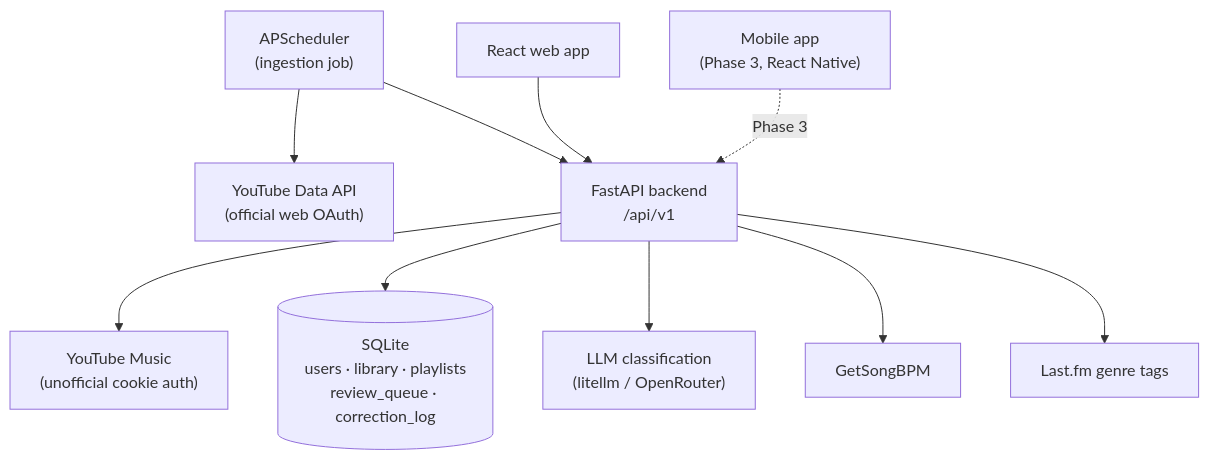
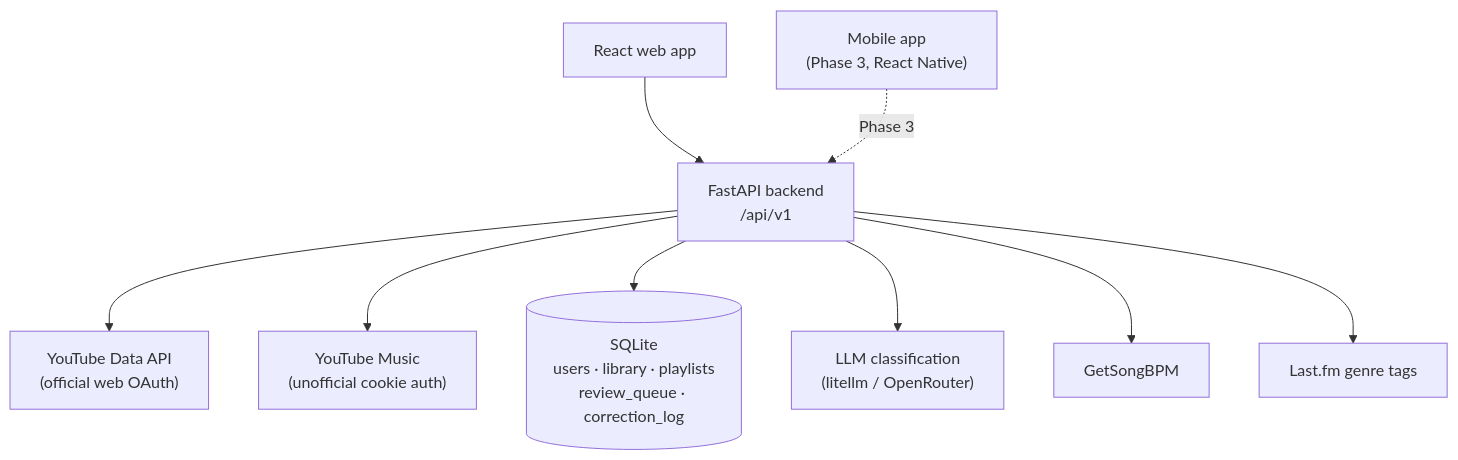
The first of 3 diagrams in docs/plans/2026-08-05-001-feat-ai-music-organizer-product-plan.md (Wadosmp4/AI-Music-Organizer), drawn with Mermaid before and after one commit. The commit also changed other lines of this file and 8 other files, not shown here.

````diff
--- a/docs/plans/2026-08-05-001-feat-ai-music-organizer-product-plan.md
+++ b/docs/plans/2026-08-05-001-feat-ai-music-organizer-product-plan.md
@@ -234,23 +234,21 @@
 ```mermaid
 flowchart TB
   YTM["YouTube Music\n(unofficial cookie auth)"]
   YTD["YouTube Data API\n(official web OAuth)"]
   BE["FastAPI backend\n/api/v1"]
   DB[("SQLite\nusers · library · playlists\nreview_queue · correction_log")]
   LLM["LLM classification\n(litellm / OpenRouter)"]
   BPM["GetSongBPM"]
   LFM["Last.fm genre tags"]
-  SCHED["APScheduler\n(ingestion job)"]
   WEB["React web app"]
   MOB["Mobile app\n(Phase 3, React Native)"]
 
-  SCHED --> YTD
-  SCHED --> BE
+  BE --> YTD
   BE --> YTM
   BE --> DB
   BE --> LLM
   BE --> BPM
   BE --> LFM
   WEB --> BE
   MOB -.Phase 3.-> BE
 ```
````
